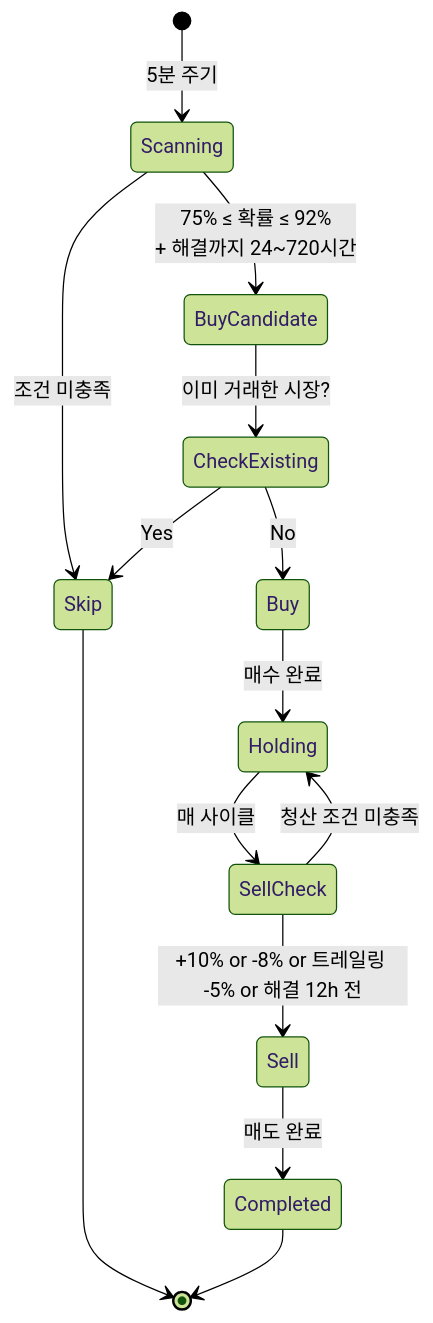
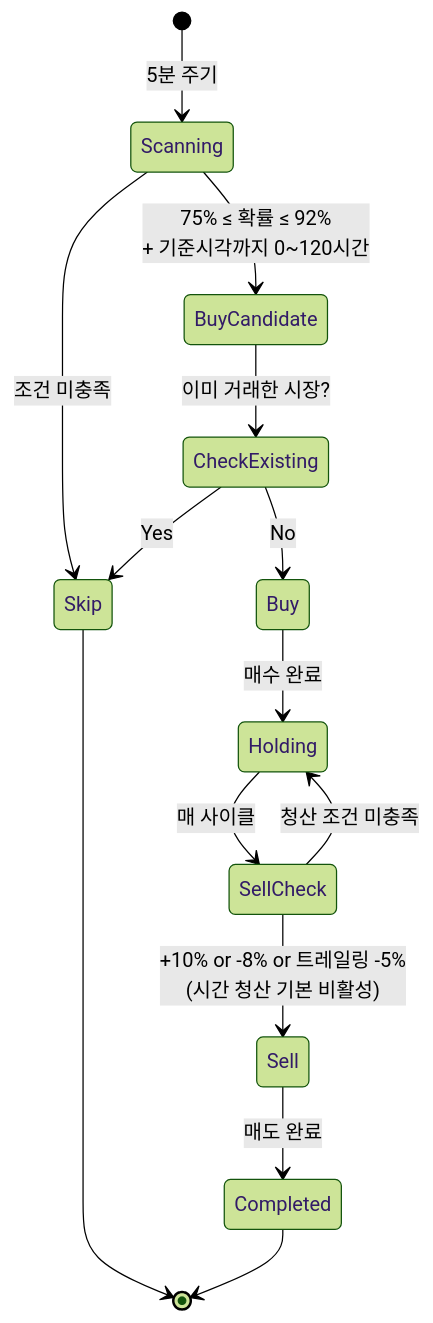
Before and after one commit to izowooi/golden-burger: the second of 2 diagrams in golden-cherry/README.md, drawn with Mermaid (forest theme). The commit also changed other lines of this file and 14 other files, not shown here.

````diff
--- a/golden-cherry/README.md
+++ b/golden-cherry/README.md
@@ -40,22 +42,22 @@
 ```mermaid
 stateDiagram-v2
     [*] --> Scanning: 5분 주기
 
-    Scanning --> BuyCandidate: 75% ≤ 확률 ≤ 92%<br/>+ 해결까지 24~720시간
+    Scanning --> BuyCandidate: 75% ≤ 확률 ≤ 92%<br/>+ 기준시각까지 0~120시간
     Scanning --> Skip: 조건 미충족
 
     BuyCandidate --> CheckExisting: 이미 거래한 시장?
     CheckExisting --> Skip: Yes
     CheckExisting --> Buy: No
 
     Buy --> Holding: 매수 완료
 
     Holding --> SellCheck: 매 사이클
     SellCheck --> Holding: 청산 조건 미충족
-    SellCheck --> Sell: +10% or -8% or 트레일링 -5% or 해결 12h 전
+    SellCheck --> Sell: +10% or -8% or 트레일링 -5%<br/>(시간 청산 기본 비활성)
 
     Sell --> Completed: 매도 완료
 
     Skip --> [*]
     Completed --> [*]
 ```
````
